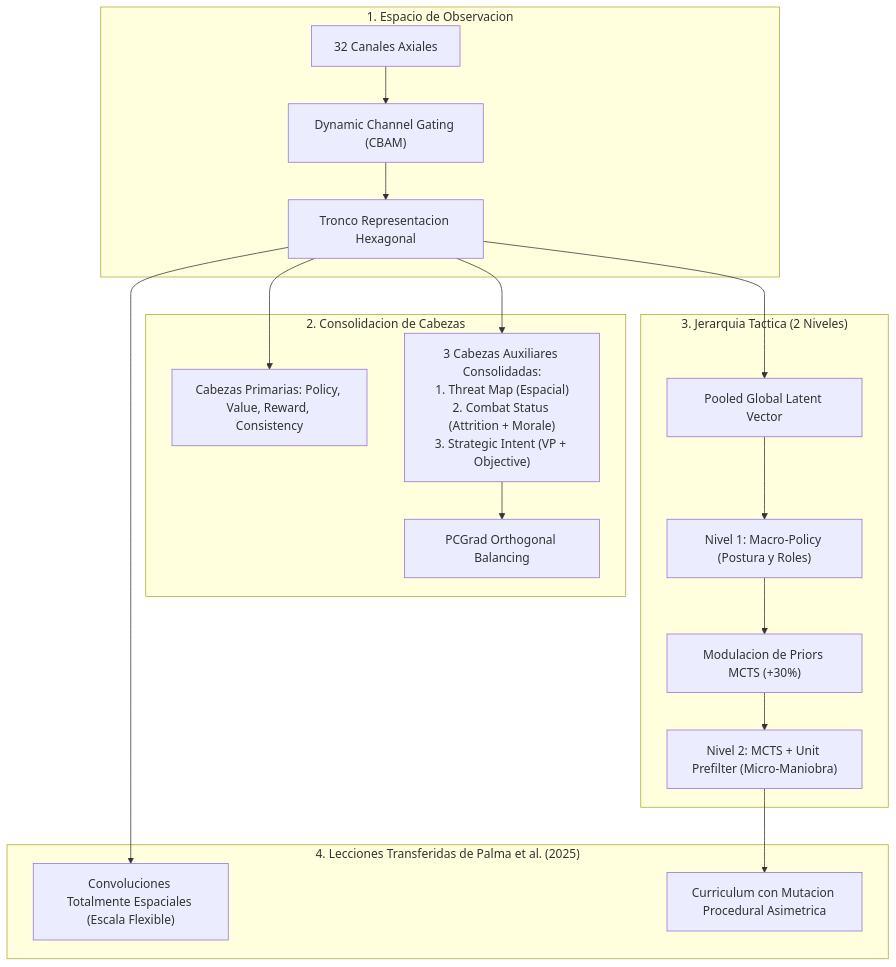
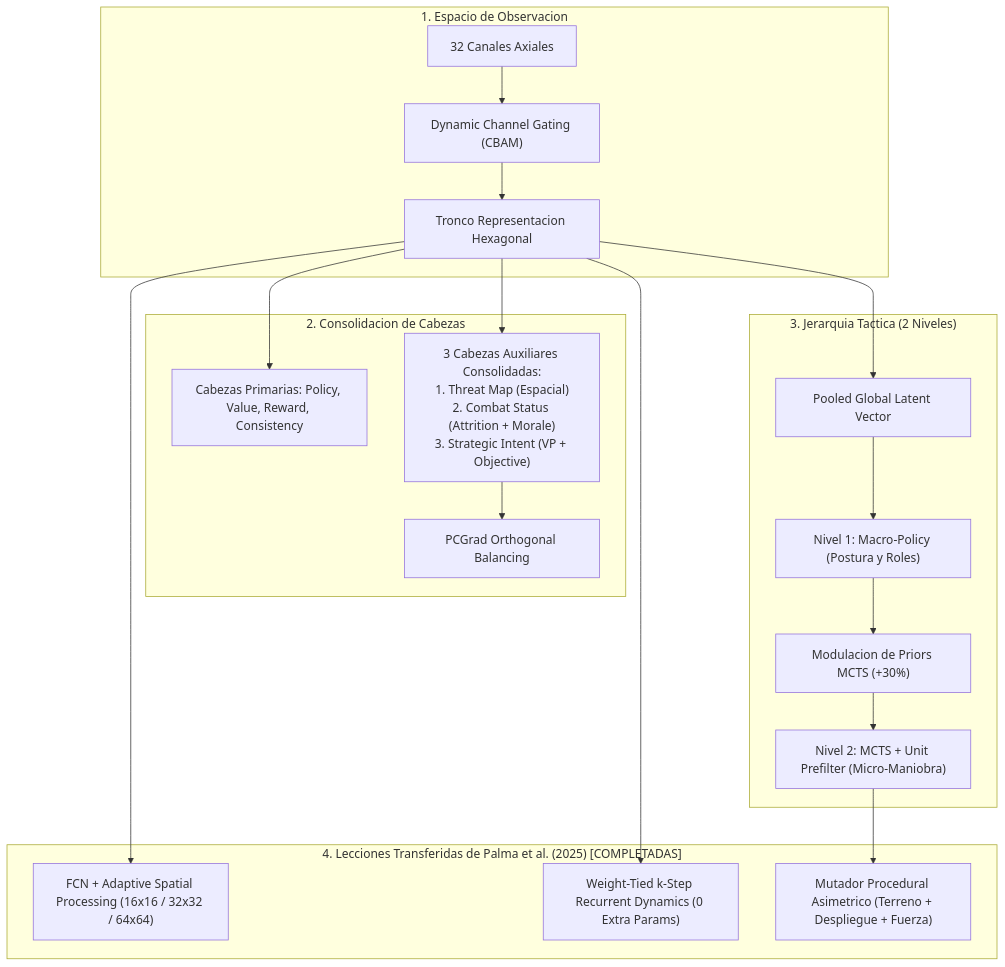
Before and after one commit to richardcc/assault-ai-pilot: the fifth of 5 diagrams in docs/06_LITERATURE_AUDIT_CHANNELS_HEADS_TACTICS.md, drawn with Mermaid. The commit also changed other lines of this file and 8 other files, not shown here.

Commit message:
feat(ezv2): incorporate Palma et al. map-size agnosticism, k-step weight-tied dynamics, and procedural mutator

````diff
--- a/docs/06_LITERATURE_AUDIT_CHANNELS_HEADS_TACTICS.md
+++ b/docs/06_LITERATURE_AUDIT_CHANNELS_HEADS_TACTICS.md
@@ -312,25 +312,26 @@
 ```mermaid
 flowchart TD
     subgraph Observacion["1. Espacio de Observacion"]
         CH32["32 Canales Axiales"] --> Gating["Dynamic Channel Gating (CBAM)"]
         Gating --> RepTrunk["Tronco Representacion Hexagonal"]
     end
 
     subgraph Cabezas["2. Consolidacion de Cabezas"]
         RepTrunk --> CoreHeads["Cabezas Primarias: Policy, Value, Reward, Consistency"]
         RepTrunk --> AuxConsolidated["3 Cabezas Auxiliares Consolidadas:\n1. Threat Map (Espacial)\n2. Combat Status (Attrition + Morale)\n3. Strategic Intent (VP + Objective)"]
         AuxConsolidated --> PCGrad["PCGrad Orthogonal Balancing"]
     end
 
     subgraph Jerarquia["3. Jerarquia Tactica (2 Niveles)"]
         RepTrunk --> LatentPooled["Pooled Global Latent Vector"]
         LatentPooled --> MacroPolicy["Nivel 1: Macro-Policy (Postura y Roles)"]
         MacroPolicy --> RootPriors["Modulacion de Priors MCTS (+30%)"]
         RootPriors --> MicroMCTS["Nivel 2: MCTS + Unit Prefilter (Micro-Maniobra)"]
     end
 
-    subgraph Adaptaciones["4. Lecciones Transferidas de Palma et al. (2025)"]
-        RepTrunk --> FCN_Scale["Convoluciones Totalmente Espaciales (Escala Flexible)"]
-        MicroMCTS --> ProcGen["Curriculum con Mutacion Procedural Asimetrica"]
+    subgraph Adaptaciones["4. Lecciones Transferidas de Palma et al. (2025) [COMPLETADAS]"]
+        RepTrunk --> FCN_Scale["FCN + Adaptive Spatial Processing (16x16 / 32x32 / 64x64)"]
+        RepTrunk -->RecDyn["Weight-Tied k-Step Recurrent Dynamics (0 Extra Params)"]
+        MicroMCTS --> ProcGen["Mutador Procedural Asimetrico (Terreno + Despliegue + Fuerza)"]
     end
 ```
````
